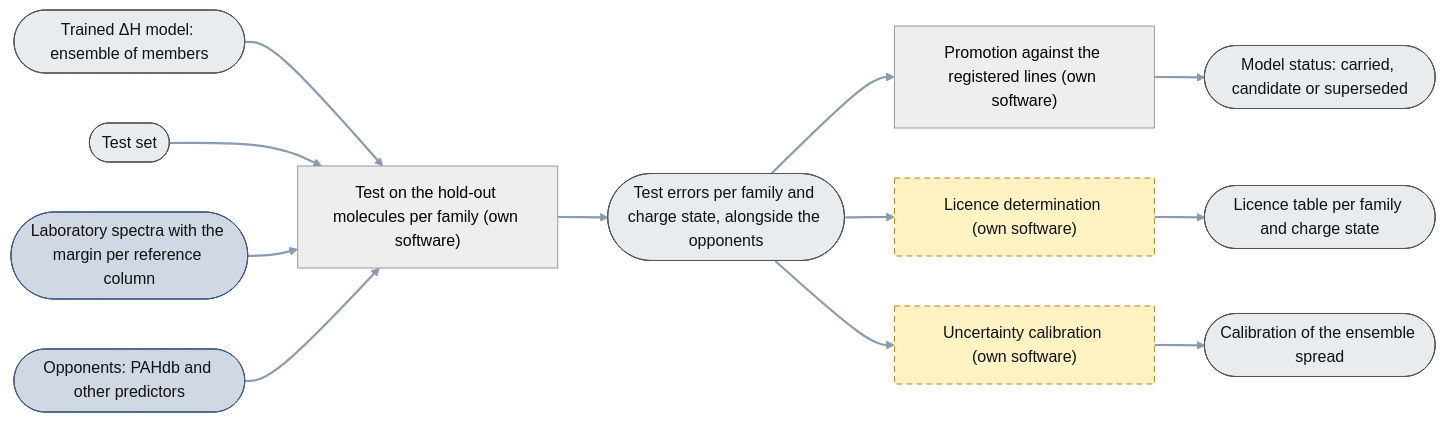
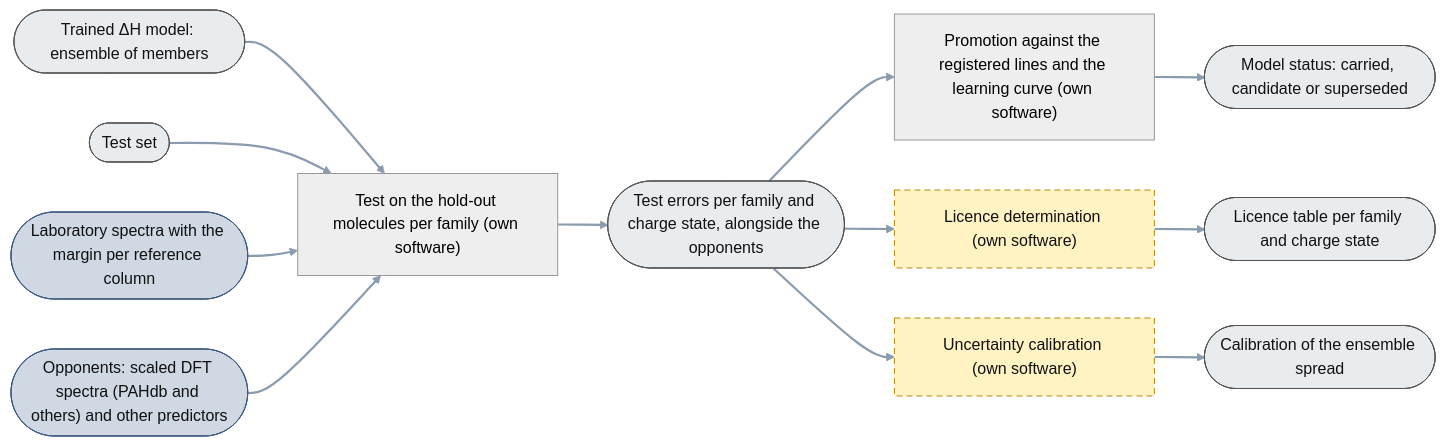
Before and after one commit to thebreadishard/udacity-capstone-plan: the diagram in plans/05_delta-probed-ir-pipeline/GoalGathering/architecture/70_test_and_licence.mmd, drawn with Mermaid (neutral theme). The commit also changed 9 other files, not shown here.

```diff
--- a/plans/05_delta-probed-ir-pipeline/GoalGathering/architecture/70_test_and_licence.mmd
+++ b/plans/05_delta-probed-ir-pipeline/GoalGathering/architecture/70_test_and_licence.mmd
@@ -1,31 +1,31 @@
 %% Test and licence (level 3b): from the trained ΔH model and the test set come the licence table and the calibration that the spectrum pipeline uses alongside the trained model. The model's weights no longer change here.
 %% Rectangle = process step (operation + software); rounded ends = data object (the thing). Every step yields one data object. Dashed = not built yet.
 %% 7 October 2026: the test per family on the fixed hold-outs (analytic labels where they exist) and the promotion of a model against lines registered before
 %% its run are built; the licence table, the calibration and the score against laboratory spectra and opponents are not yet.
 flowchart LR
   linkStyle default stroke:#8a9bb0,stroke-width:2.2px
   classDef planned stroke-dasharray: 6 4,stroke:#b8860b,fill:#fff3c4,color:#111
   classDef data fill:#e9ecef,stroke:#555,color:#111
   classDef ext fill:#cfd8e3,stroke:#3d5a80,color:#111
 
   ENS(["Trained ΔH model: ensemble of members"]):::data
   TESTSET(["Test set"]):::data
   LABDB(["Laboratory spectra with the margin per reference column"]):::ext
-  PAHDB(["Opponents: PAHdb and other predictors"]):::ext
+  PAHDB(["Opponents: scaled DFT spectra (PAHdb and others) and other predictors"]):::ext
   TEST["Test on the hold-out molecules per family (own software)"]
   TESTR(["Test errors per family and charge state, alongside the opponents"]):::data
-  PROMO["Promotion against the registered lines (own software)"]
+  PROMO["Promotion against the registered lines and the learning curve (own software)"]
   STAT(["Model status: carried, candidate or superseded"]):::data
   LIC["Licence determination (own software)"]:::planned
   LICT(["Licence table per family and charge state"]):::data
   CAL["Uncertainty calibration (own software)"]:::planned
   CALR(["Calibration of the ensemble spread"]):::data
 
   ENS --> TEST
   TESTSET --> TEST
   LABDB --> TEST
   PAHDB --> TEST
   TEST --> TESTR
   TESTR --> PROMO --> STAT
   TESTR --> LIC --> LICT
   TESTR --> CAL --> CALR
```
